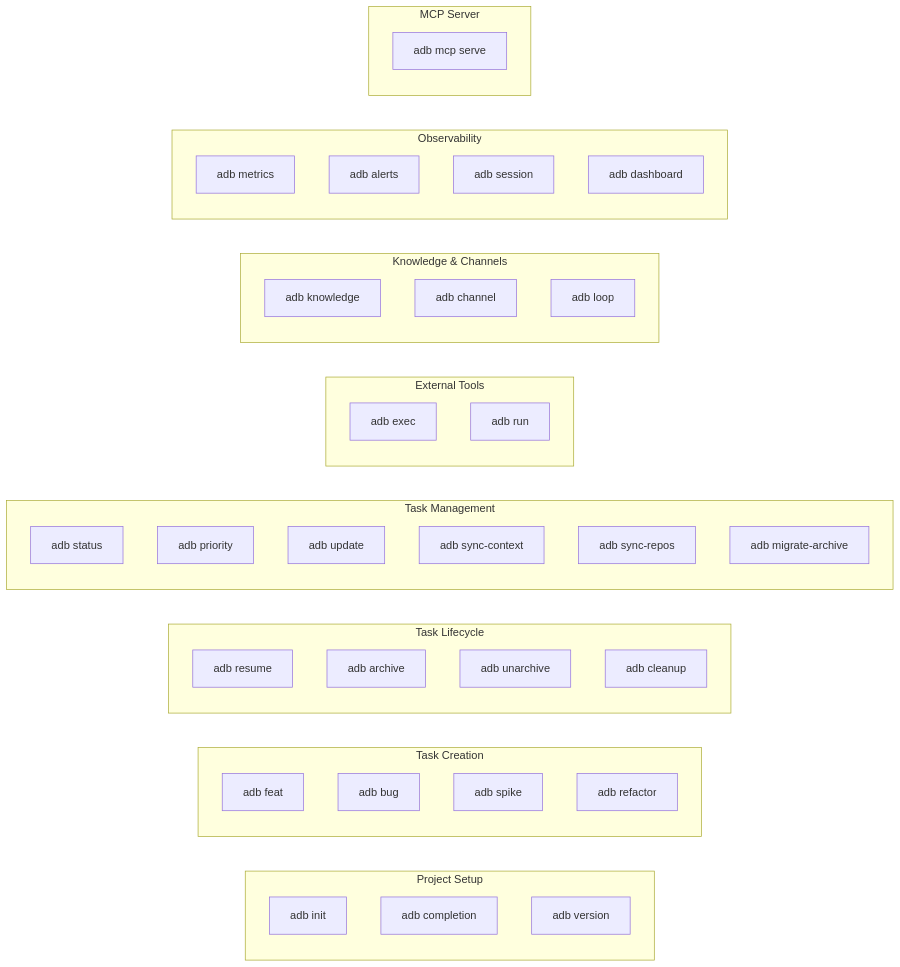
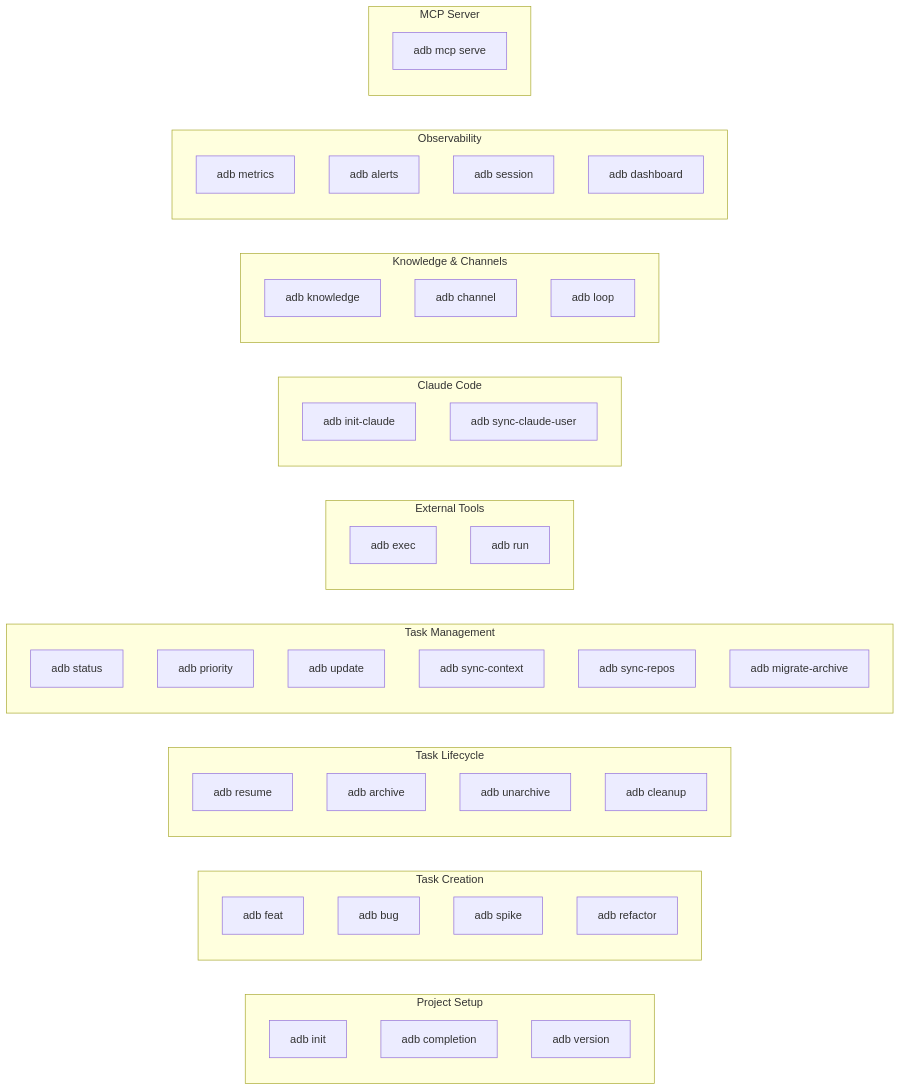
Before and after one commit to valter-silva-au/ai-dev-brain: the diagram in docs/commands.md, drawn with Mermaid. The commit also changed other lines of this file and 16 other files, not shown here.

First line of the commit message:
feat(claude): add Claude Code template system with init-claude and sync-claude-user commands

````diff
--- a/docs/commands.md
+++ b/docs/commands.md
@@ -8,53 +8,58 @@
 ```mermaid
 graph LR
     subgraph "Project Setup"
         init["adb init"]
         completion["adb completion"]
         version["adb version"]
     end
 
     subgraph "Task Creation"
         feat["adb feat"]
         bug["adb bug"]
         spike["adb spike"]
         refactor["adb refactor"]
     end
 
     subgraph "Task Lifecycle"
         resume["adb resume"]
         archive["adb archive"]
         unarchive["adb unarchive"]
         cleanup["adb cleanup"]
     end
 
     subgraph "Task Management"
         status["adb status"]
         priority["adb priority"]
         update["adb update"]
         syncctx["adb sync-context"]
         syncrepos["adb sync-repos"]
         migrate["adb migrate-archive"]
     end
 
     subgraph "External Tools"
         exec["adb exec"]
         run["adb run"]
     end
 
+    subgraph "Claude Code"
+        initclaude["adb init-claude"]
+        syncuser["adb sync-claude-user"]
+    end
+
     subgraph "Knowledge & Channels"
         knowledge["adb knowledge"]
         channel["adb channel"]
         loop["adb loop"]
     end
 
     subgraph "Observability"
         metrics["adb metrics"]
         alerts["adb alerts"]
         session["adb session"]
         dashboard["adb dashboard"]
     end
 
     subgraph "MCP Server"
         mcp["adb mcp serve"]
     end
 ```
````
